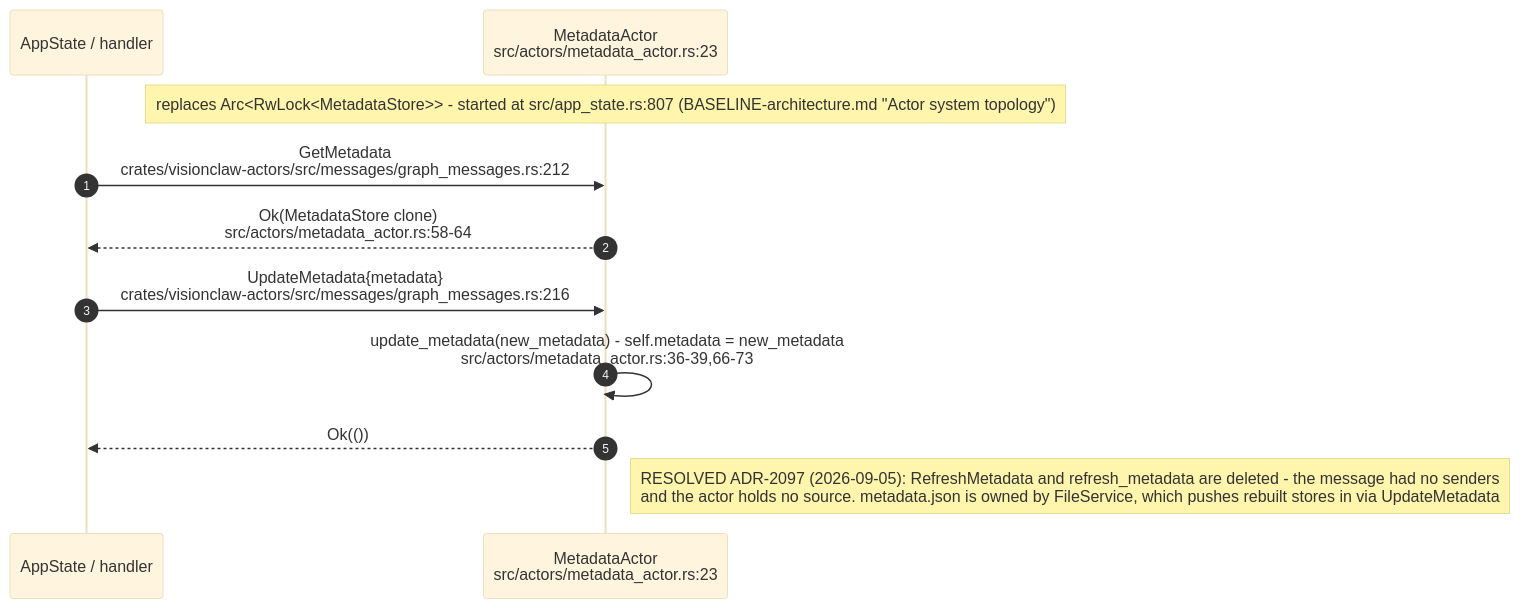
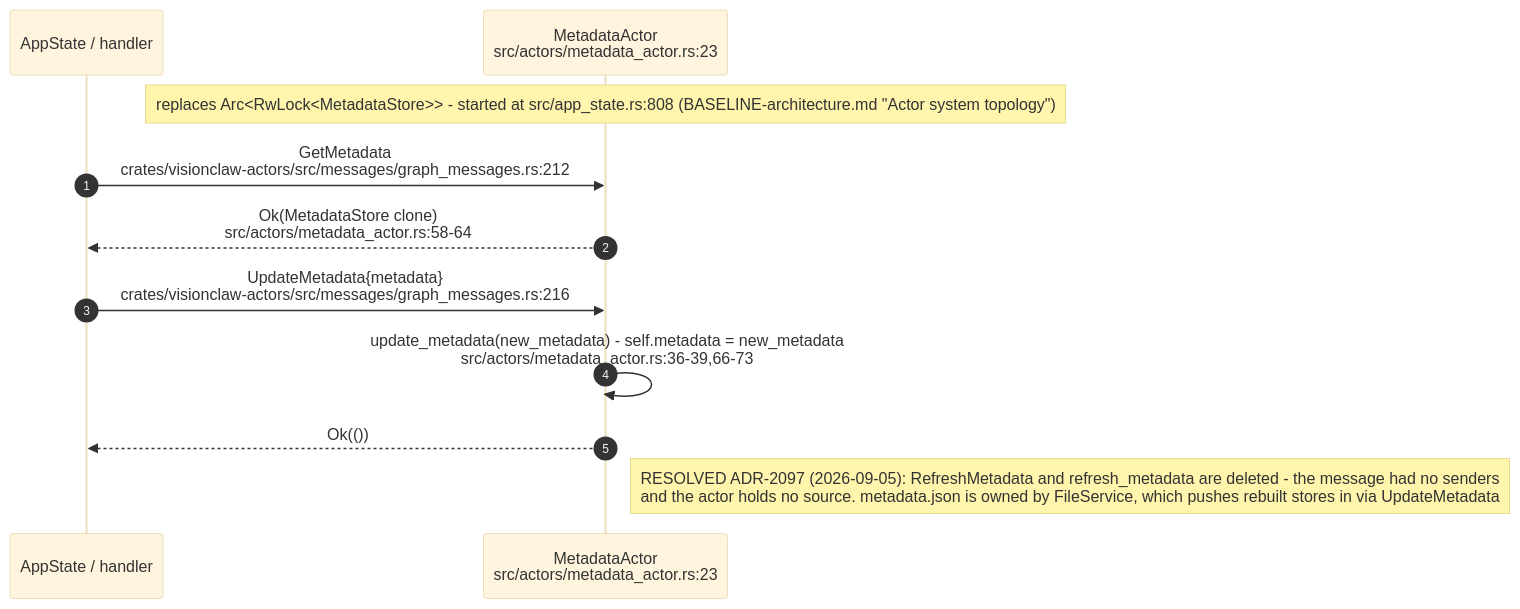
Before and after one commit to DreamLab-AI/VisionFlow: the tenth of 11 diagrams in docs/diagrams/visionclaw/25-insight-kpi-nlq-semantics.md, drawn with Mermaid (base theme). The commit also changed other lines of this file and 136 other files, not shown here.

First line of the commit message:
docs(diagrams): refresh the whole corpus to code HEAD and prune low-value diagrams

````diff
--- a/docs/diagrams/visionclaw/25-insight-kpi-nlq-semantics.md
+++ b/docs/diagrams/visionclaw/25-insight-kpi-nlq-semantics.md
@@ -483,14 +411,14 @@
 ```mermaid
 sequenceDiagram
     autonumber
     participant Caller as AppState / handler
     participant MA as MetadataActor<br/>src/actors/metadata_actor.rs:23
 
-    Note over MA: replaces Arc<RwLock<MetadataStore>> - started at src/app_state.rs:807 (BASELINE-architecture.md "Actor system topology")
+    Note over MA: replaces Arc<RwLock<MetadataStore>> - started at src/app_state.rs:808 (BASELINE-architecture.md "Actor system topology")
     Caller->>MA: GetMetadata<br/>crates/visionclaw-actors/src/messages/graph_messages.rs:212
     MA-->>Caller: Ok(MetadataStore clone)<br/>src/actors/metadata_actor.rs:58-64
     Caller->>MA: UpdateMetadata{metadata}<br/>crates/visionclaw-actors/src/messages/graph_messages.rs:216
     MA->>MA: update_metadata(new_metadata) - self.metadata = new_metadata<br/>src/actors/metadata_actor.rs:36-39,66-73
     MA-->>Caller: Ok(())
     Note right of MA: RESOLVED ADR-2097 (2026-09-05): RefreshMetadata and refresh_metadata are deleted - the message had no senders<br/>and the actor holds no source. metadata.json is owned by FileService, which pushes rebuilt stores in via UpdateMetadata
 ```
````
